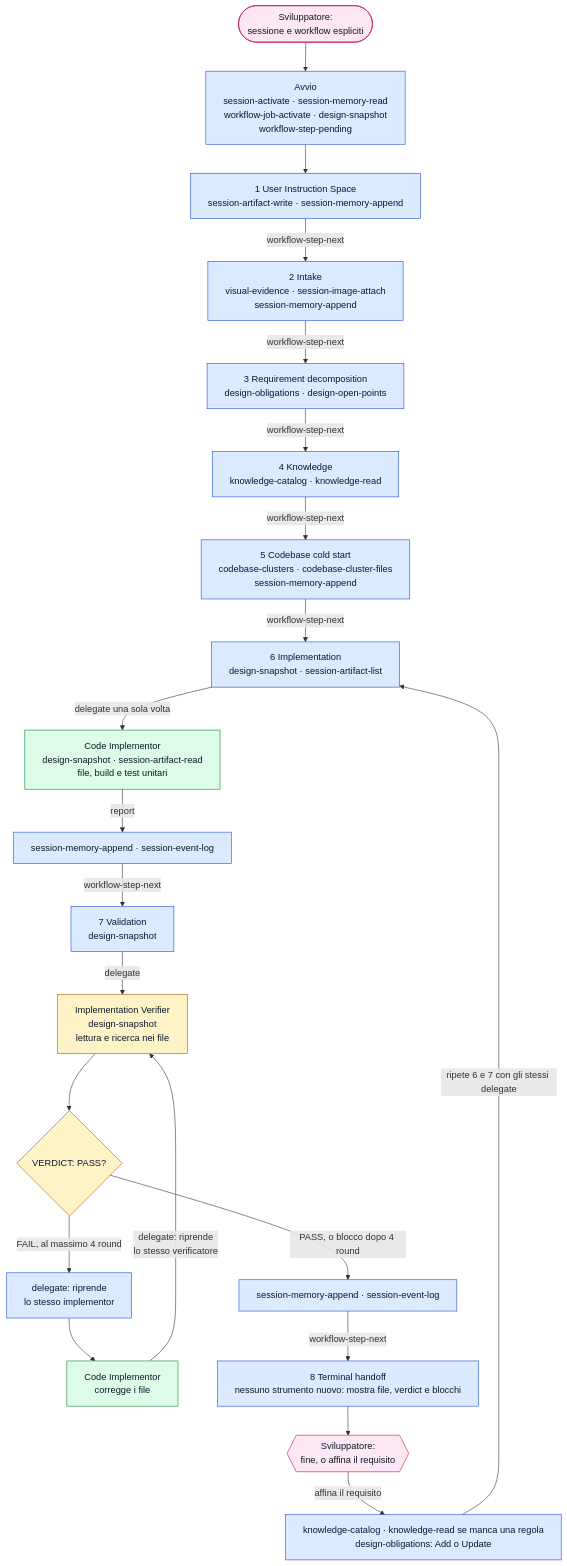
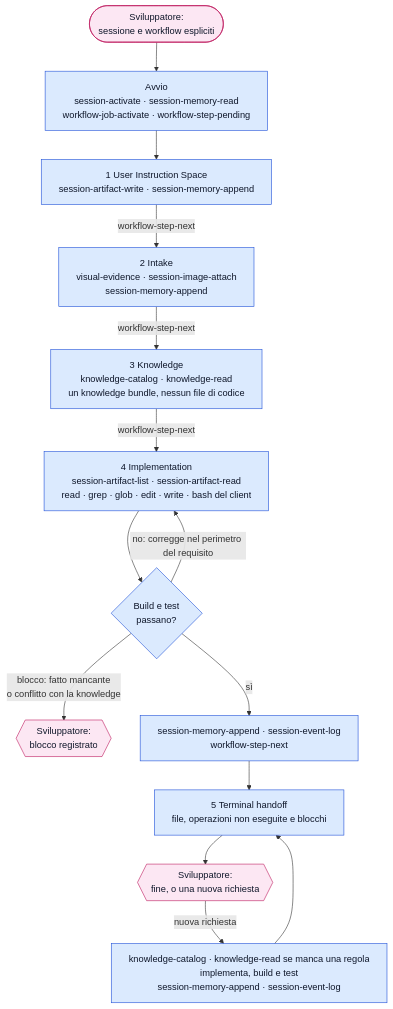
Before and after one commit to violabg/agentic-system-lessons: the diagram in orchestrator/reference/strumenti-fast-implementation.md, drawn with Mermaid. The commit also changed other lines of this file and 69 other files, not shown here.

````diff
--- a/orchestrator/reference/strumenti-fast-implementation.md
+++ b/orchestrator/reference/strumenti-fast-implementation.md
@@ -20,32 +18,21 @@
 ```mermaid
 %%{init: {"flowchart": {"wrappingWidth": 460}}}%%
 flowchart TD
-    Dev(["Sviluppatore:<br/>sessione e workflow espliciti"]) --> Start["Avvio<br/>session-activate · session-memory-read<br/>workflow-job-activate · design-snapshot<br/>workflow-step-pending"]
+    Dev(["Sviluppatore:<br/>sessione e workflow espliciti"]) --> Start["Avvio<br/>session-activate · session-memory-read<br/>workflow-job-activate · workflow-step-pending"]
     Start --> S1["1 User Instruction Space<br/>session-artifact-write · session-memory-append"]
     S1 -->|workflow-step-next| S2["2 Intake<br/>visual-evidence · session-image-attach<br/>session-memory-append"]
-    S2 -->|workflow-step-next| S3["3 Requirement decomposition<br/>design-obligations · design-open-points"]
-    S3 -->|workflow-step-next| S4["4 Knowledge<br/>knowledge-catalog · knowledge-read"]
-    S4 -->|workflow-step-next| S5["5 Codebase cold start<br/>codebase-clusters · codebase-cluster-files<br/>session-memory-append"]
-    S5 -->|workflow-step-next| S6["6 Implementation<br/>design-snapshot · session-artifact-list"]
-    S6 -->|"delegate una sola volta"| CI["Code Implementor<br/>design-snapshot · session-artifact-read<br/>file, build e test unitari"]
-    CI -->|report| S6b["session-memory-append · session-event-log"]
-    S6b -->|workflow-step-next| S7["7 Validation<br/>design-snapshot"]
-    S7 -->|delegate| IV["Implementation Verifier<br/>design-snapshot<br/>lettura e ricerca nei file"]
-    IV --> Verdict{"VERDICT: PASS?"}
-    Verdict -->|"FAIL, al massimo 4 round"| Fix["delegate: riprende<br/>lo stesso implementor"]
-    Fix --> CIfix["Code Implementor<br/>corregge i file"]
-    CIfix -->|"delegate: riprende<br/>lo stesso verificatore"| IV
-    Verdict -->|"PASS, o blocco dopo 4 round"| S7b["session-memory-append · session-event-log"]
-    S7b -->|workflow-step-next| S8["8 Terminal handoff<br/>nessuno strumento nuovo: mostra file, verdict e blocchi"]
-    S8 --> Halt{{"Sviluppatore:<br/>fine, o affina il requisito"}}
-    Halt -->|affina il requisito| Refine["knowledge-catalog · knowledge-read se manca una regola<br/>design-obligations: Add o Update"]
-    Refine -->|"ripete 6 e 7 con gli stessi delegate"| S6
+    S2 -->|workflow-step-next| S3["3 Knowledge<br/>knowledge-catalog · knowledge-read<br/>un knowledge bundle, nessun file di codice"]
+    S3 -->|workflow-step-next| S4["4 Implementation<br/>session-artifact-list · session-artifact-read<br/>read · grep · glob · edit · write · bash del client"]
+    S4 --> Build{"Build e test<br/>passano?"}
+    Build -->|"no: corregge nel perimetro del requisito"| S4
+    Build -->|"blocco: fatto mancante<br/>o conflitto con la knowledge"| Stop{{"Sviluppatore:<br/>blocco registrato"}}
+    Build -->|sì| S4b["session-memory-append · session-event-log<br/>workflow-step-next"]
+    S4b --> S5["5 Terminal handoff<br/>file, operazioni non eseguite e blocchi"]
+    S5 --> Halt{{"Sviluppatore:<br/>fine, o una nuova richiesta"}}
+    Halt -->|nuova richiesta| Again["knowledge-catalog · knowledge-read se manca una regola<br/>implementa, build e test<br/>session-memory-append · session-event-log"]
+    Again --> S5
     classDef orch fill:#dbeafe,stroke:#1d4ed8,color:#0f172a
-    classDef impl fill:#dcfce7,stroke:#15803d,color:#0f172a
-    classDef verif fill:#fef3c7,stroke:#b45309,color:#0f172a
     classDef human fill:#fce7f3,stroke:#be185d,color:#0f172a
-    class Start,S1,S2,S3,S4,S5,S6,S6b,S7,Fix,S7b,S8,Refine orch
-    class CI,CIfix impl
-    class IV,Verdict verif
-    class Dev,Halt human
+    class Start,S1,S2,S3,S4,Build,S4b,S5,Again orch
+    class Dev,Stop,Halt human
 ```
````
